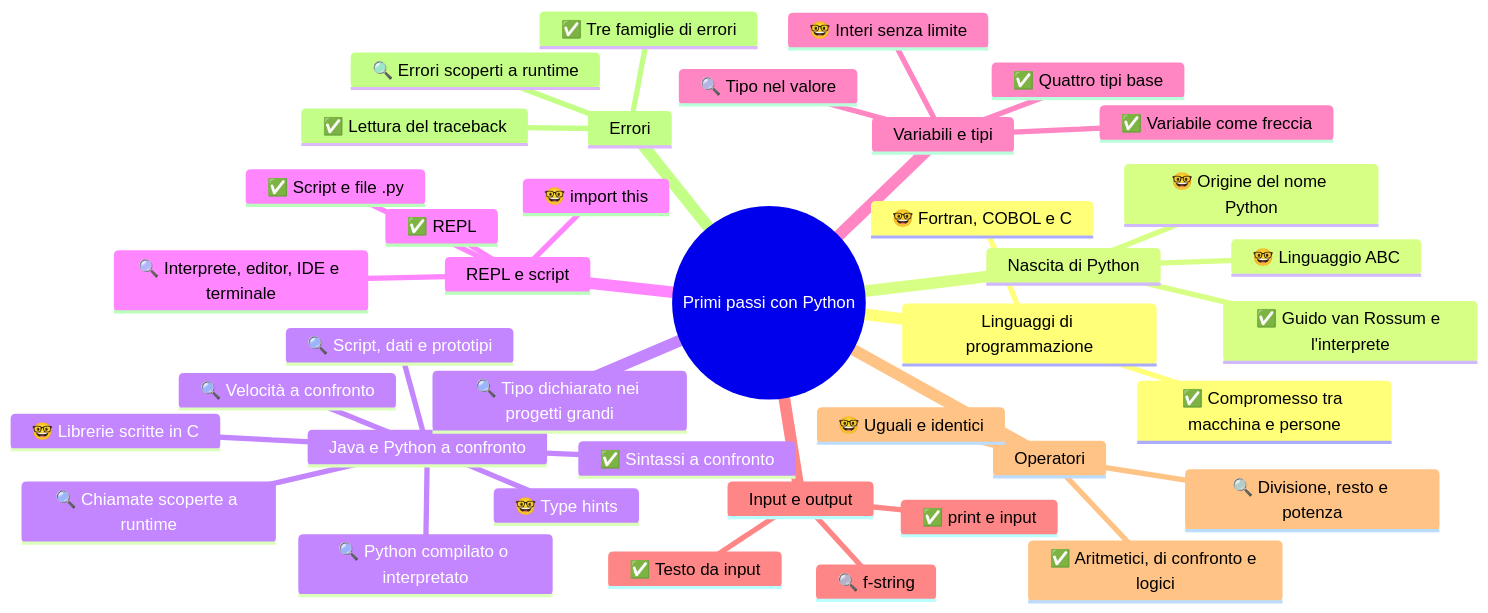
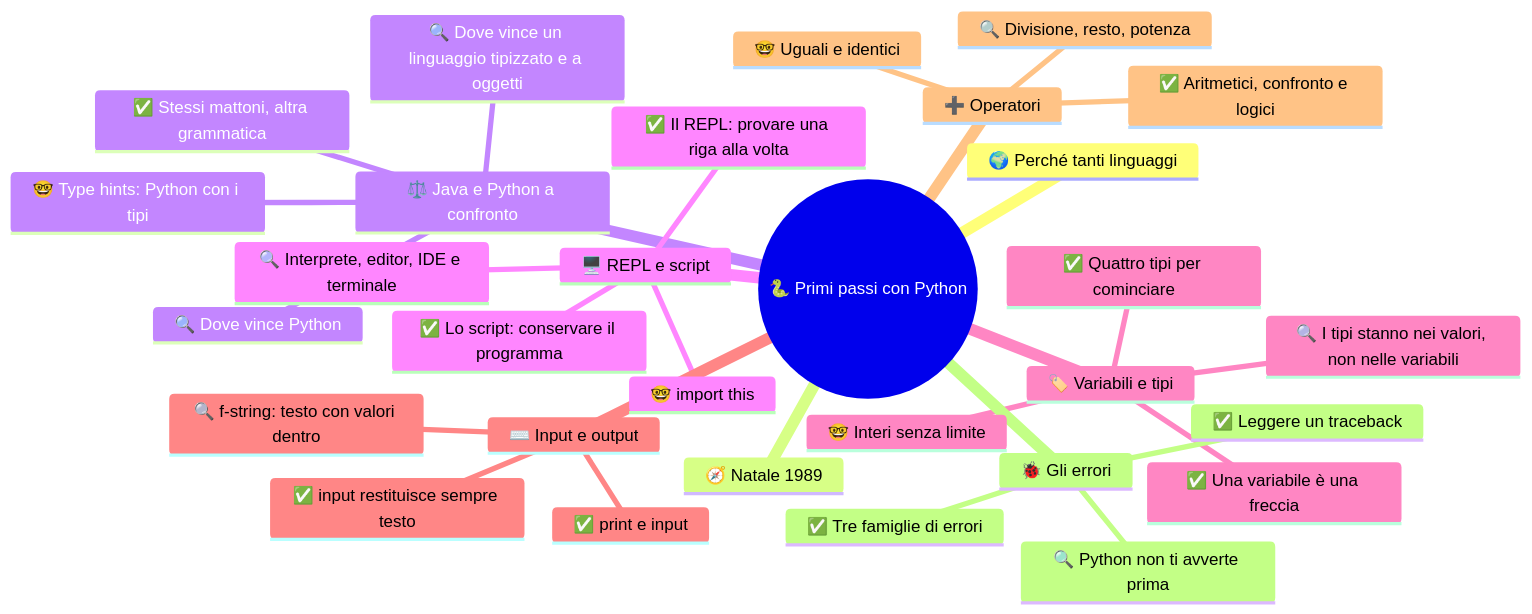
The diagram in 4CI - Informatica/2 NOV-DIC/Allegati/4ci-nov-dic-s1-primi-passi-con-python-mappa-html-1.mmd (Neeqstock/dispense-caramuel), drawn with Mermaid before and after one commit. The commit also changed 56 other files, not shown here.

```diff
--- a/4CI - Informatica/2 NOV-DIC/Allegati/4ci-nov-dic-s1-primi-passi-con-python-mappa-html-1.mmd
+++ b/4CI - Informatica/2 NOV-DIC/Allegati/4ci-nov-dic-s1-primi-passi-con-python-mappa-html-1.mmd
@@ -1,40 +1,31 @@
 mindmap
-  root((Primi passi con Python))
-    Linguaggi di programmazione
-      ✅ Compromesso tra macchina e persone
-      🤓 Fortran, COBOL e C
-    Nascita di Python
-      ✅ Guido van Rossum e l'interprete
-      🤓 Linguaggio ABC
-      🤓 Origine del nome Python
-    Java e Python a confronto
-      ✅ Sintassi a confronto
-      🔍 Python compilato o interpretato
-      🔍 Tipo dichiarato nei progetti grandi
-      🔍 Chiamate scoperte a runtime
-      🔍 Script, dati e prototipi
-      🔍 Velocità a confronto
-      🤓 Librerie scritte in C
-      🤓 Type hints
-    REPL e script
-      ✅ REPL
-      ✅ Script e file .py
+  root((🐍 Primi passi con Python))
+    🌍 Perché tanti linguaggi
+    🧭 Natale 1989
+    ⚖️ Java e Python a confronto
+      ✅ Stessi mattoni, altra grammatica
+      🔍 Dove vince un linguaggio tipizzato e a oggetti
+      🔍 Dove vince Python
+      🤓 Type hints: Python con i tipi
+    🖥️ REPL e script
+      ✅ Il REPL: provare una riga alla volta
+      ✅ Lo script: conservare il programma
       🔍 Interprete, editor, IDE e terminale
       🤓 import this
-    Variabili e tipi
-      ✅ Variabile come freccia
-      ✅ Quattro tipi base
-      🔍 Tipo nel valore
+    🏷️ Variabili e tipi
+      ✅ Una variabile è una freccia
+      ✅ Quattro tipi per cominciare
+      🔍 I tipi stanno nei valori, non nelle variabili
       🤓 Interi senza limite
-    Input e output
+    ⌨️ Input e output
       ✅ print e input
-      ✅ Testo da input
-      🔍 f-string
-    Operatori
-      ✅ Aritmetici, di confronto e logici
-      🔍 Divisione, resto e potenza
+      ✅ input restituisce sempre testo
+      🔍 f-string: testo con valori dentro
+    ➕ Operatori
+      ✅ Aritmetici, confronto e logici
+      🔍 Divisione, resto, potenza
       🤓 Uguali e identici
-    Errori
+    🐞 Gli errori
       ✅ Tre famiglie di errori
-      ✅ Lettura del traceback
-      🔍 Errori scoperti a runtime
+      ✅ Leggere un traceback
+      🔍 Python non ti avverte prima
```
